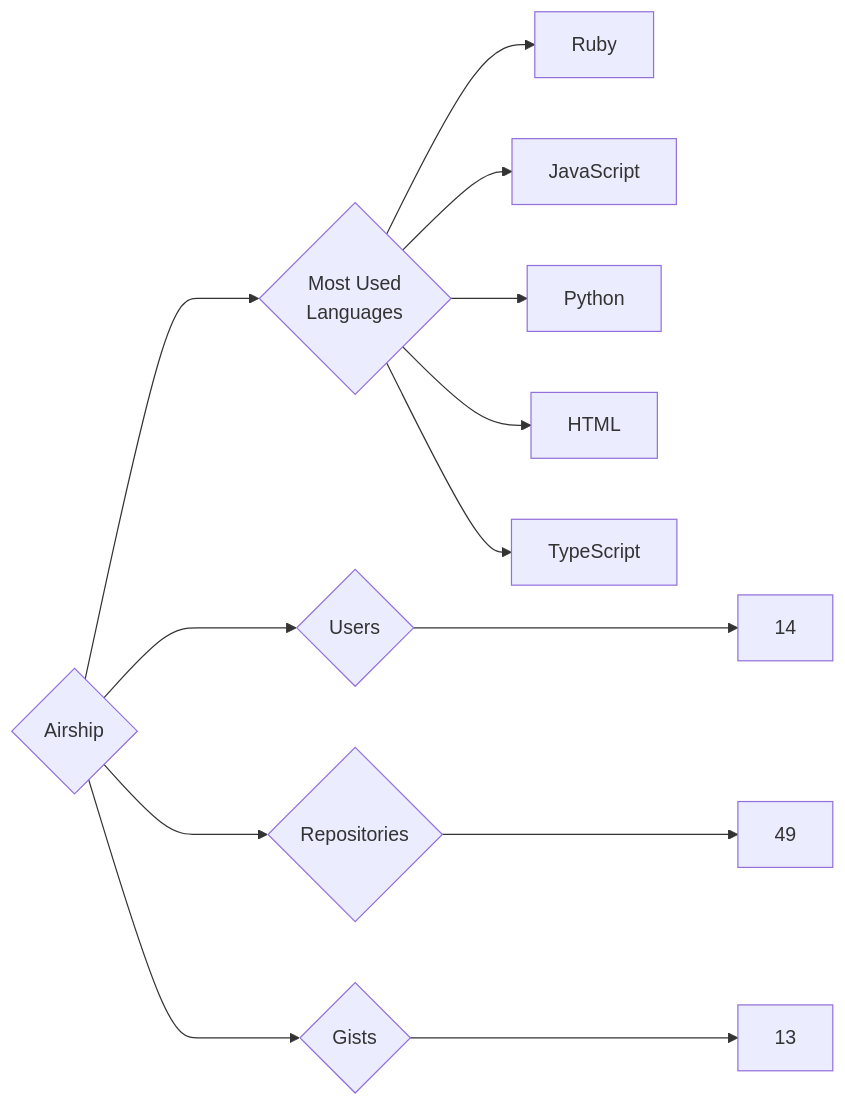
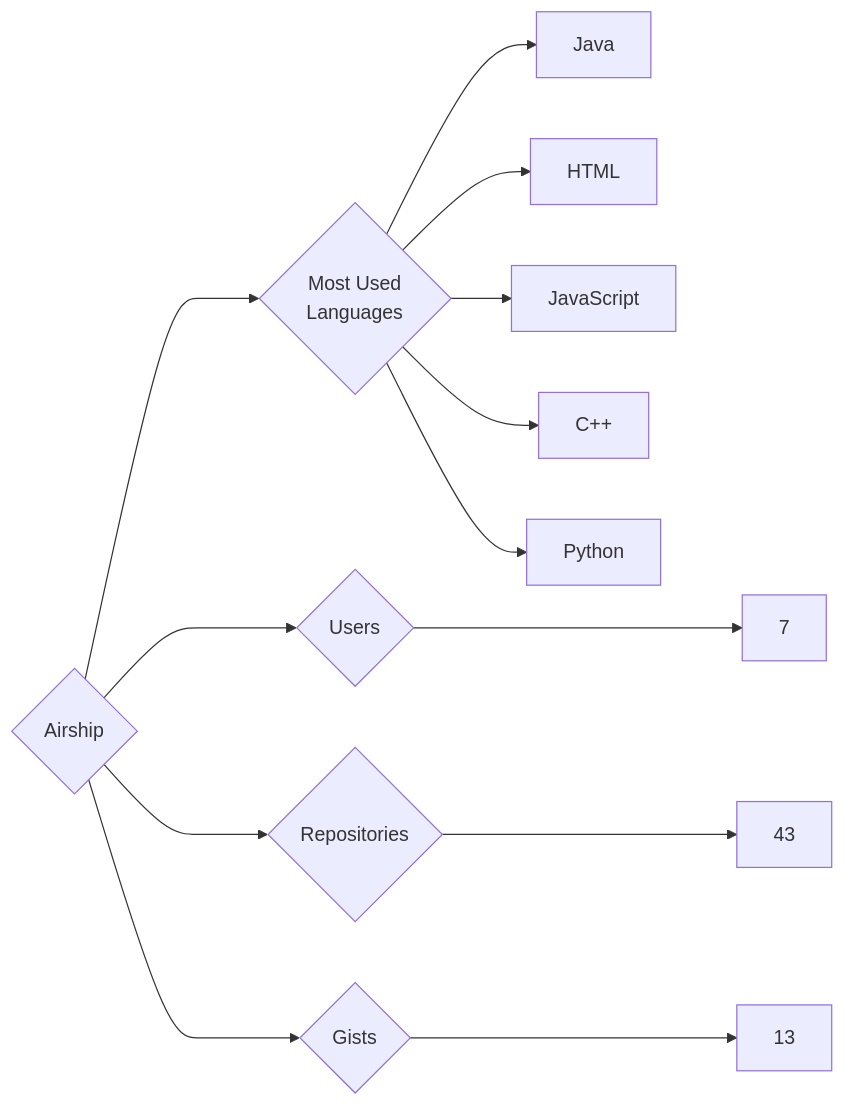
Before and after one commit to trickest/insiders: the diagram in targets/Airship/README.md, drawn with Mermaid. The commit also changed 1195 other files, not shown here.

````diff
--- a/targets/Airship/README.md
+++ b/targets/Airship/README.md
@@ -3,13 +3,13 @@
 ```mermaid
 graph LR
 COMPANY_NAME{Airship}
-COMPANY_NAME ---> U{Users} ---> UN[14]
-COMPANY_NAME ---> R{Repositories} ---> RN[49]
+COMPANY_NAME ---> U{Users} ---> UN[7]
+COMPANY_NAME ---> R{Repositories} ---> RN[43]
 COMPANY_NAME ---> G{Gists} ---> GN[13]
 COMPANY_NAME ---> ML{Most Used<br>Languages}
-ML --> Ruby[Ruby]
+ML --> Java[Java]
+ML --> HTML[HTML]
 ML --> JavaScript[JavaScript]
+ML --> C++[C++]
 ML --> Python[Python]
-ML --> HTML[HTML]
-ML --> TypeScript[TypeScript]
 ```
````
